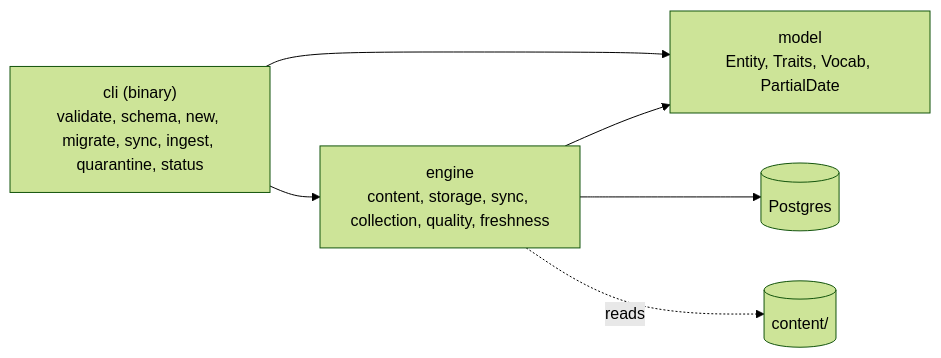
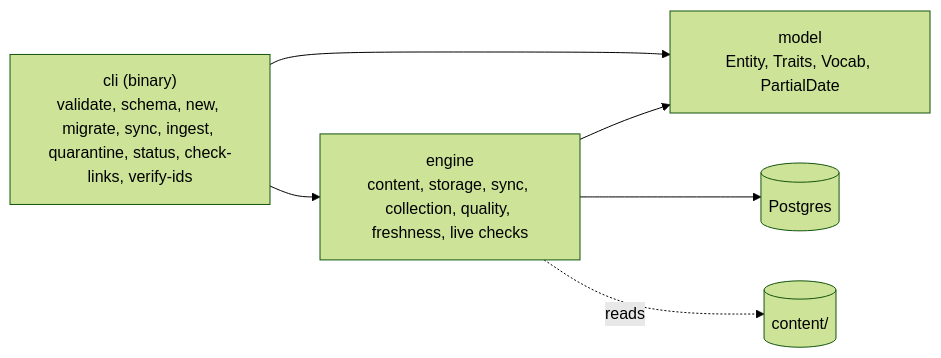
One commit to winksen/Crispy-Potato changed the second of 2 diagrams in docs/MINDMAP.md. Above: the diagram before and after it, drawn with Mermaid (forest theme). The commit also changed other lines of this file and 11 other files, not shown here.

````diff
--- a/docs/MINDMAP.md
+++ b/docs/MINDMAP.md
@@ -97,8 +98,8 @@
 ```mermaid
 flowchart LR
-  cli["cli (binary)<br/>validate, schema, new, migrate, sync, ingest, quarantine, status"] --> engine["engine<br/>content, storage, sync, collection, quality, freshness"]
+  cli["cli (binary)<br/>validate, schema, new, migrate, sync, ingest, quarantine, status, check-links, verify-ids"] --> engine["engine<br/>content, storage, sync, collection, quality, freshness, live checks"]
   cli --> model
   engine --> model["model<br/>Entity, Traits, Vocab, PartialDate"]
   engine --> postgres[(Postgres)]
   engine -. reads .-> content[("content/")]
 ```
````
